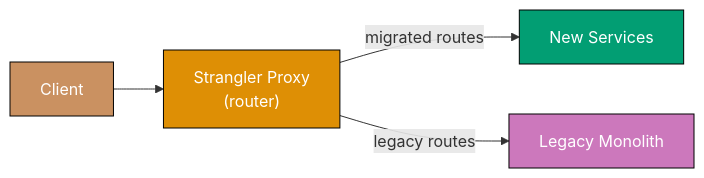
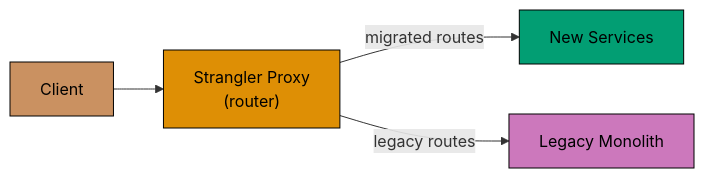
One commit to wahidyankf/ose-public changed the second of 18 diagrams in apps/ayokoding-www/content/en/learn/legacy/software-engineering/software-architecture/patterns-and-principles/in-oop-by-example/advanced.md. Above: the diagram before and after it, drawn with Mermaid. The commit also changed other lines of this file and 78 other files, not shown here.

First line of the commit message:
fix(mermaid): bring the remaining legacy software-engineering diagrams onto the accessible palette

````diff
--- a/apps/ayokoding-www/content/en/learn/legacy/software-engineering/software-architecture/patterns-and-principles/in-oop-by-example/advanced.md
+++ b/apps/ayokoding-www/content/en/learn/legacy/software-engineering/software-architecture/patterns-and-principles/in-oop-by-example/advanced.md
@@ -298,11 +306,18 @@
 ```mermaid
 graph LR
+    accTitle: Example 59: Strangler Fig Pattern
+    accDescr: Graph with 4 nodes and 3 connections. Nodes: Client, Strangler Proxy (router), New Services, Legacy Monolith. Connections: Client to Strangler Proxy (router), Strangler Proxy (router) to New Services (migrated routes), Strangler Proxy (router) to Legacy Monolith (legacy routes).
     Client["Client"] --> Proxy["Strangler Proxy<br/>(router)"]
     Proxy -->|"migrated routes"| New["New Services"]
     Proxy -->|"legacy routes"| Old["Legacy Monolith"]
 
-    style Client fill:#CA9161,stroke:#000,color:#fff
-    style Proxy fill:#DE8F05,stroke:#000,color:#fff
-    style New fill:#029E73,stroke:#000,color:#fff
-    style Old fill:#CC78BC,stroke:#000,color:#fff
+    classDef pal-CA9161 fill:#CA9161,stroke:#000000,color:#000000
+    class Client pal-CA9161
+    classDef pal-DE8F05 fill:#DE8F05,stroke:#000000,color:#000000
+    class Proxy pal-DE8F05
+    classDef pal-029E73 fill:#029E73,stroke:#000000,color:#000000
+    class New pal-029E73
+    classDef pal-CC78BC fill:#CC78BC,stroke:#000000,color:#000000
+    class Old pal-CC78BC
+    classDef default fill:#0173B2,stroke:#000000,color:#FFFFFF
 ```
````
